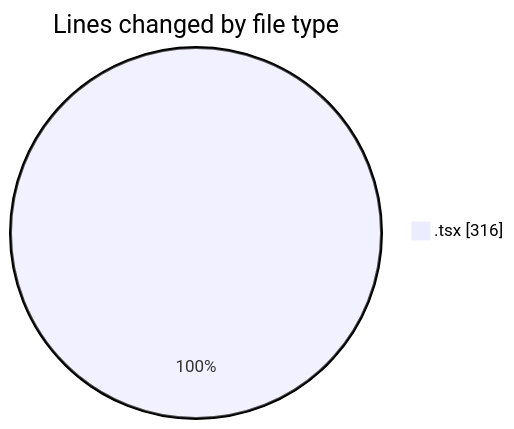
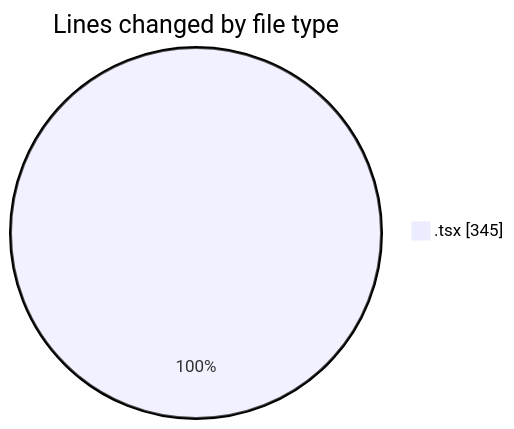
The first of 2 diagrams in 2025-02-08/portofolio/README.md (donsfak/code-tracking), drawn with Mermaid before and after one commit. The commit also changed other lines of this file and 1 other file, not shown here.

````diff
--- a/2025-02-08/portofolio/README.md
+++ b/2025-02-08/portofolio/README.md
@@ -20,5 +20,5 @@
 ```mermaid
 pie showData
 title Lines changed by file type
-".tsx" : 316
+".tsx" : 345
 ```
````
